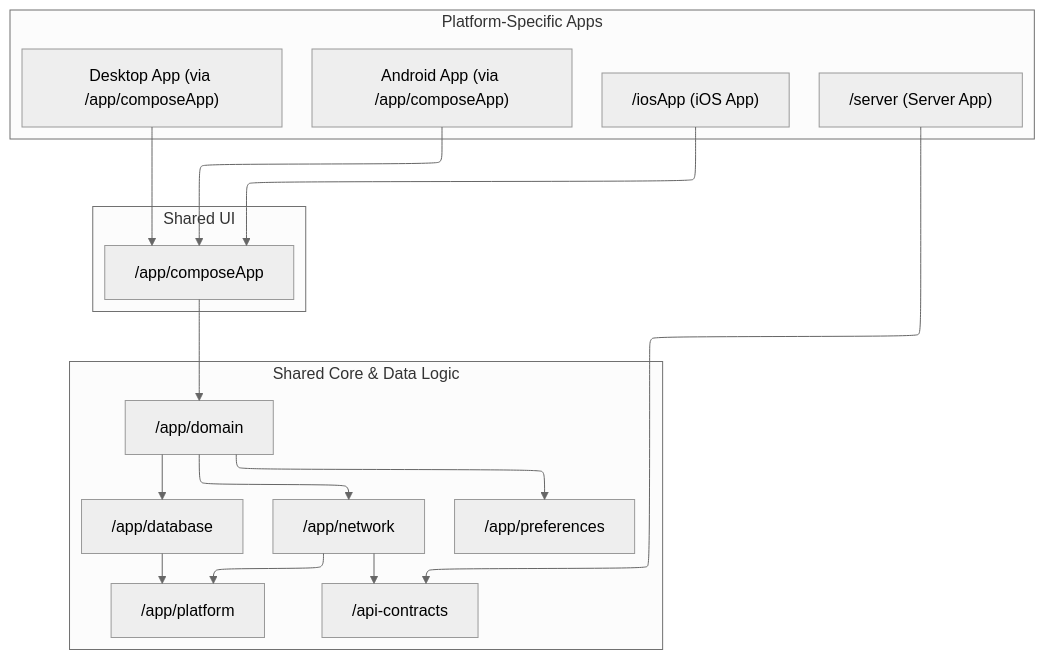
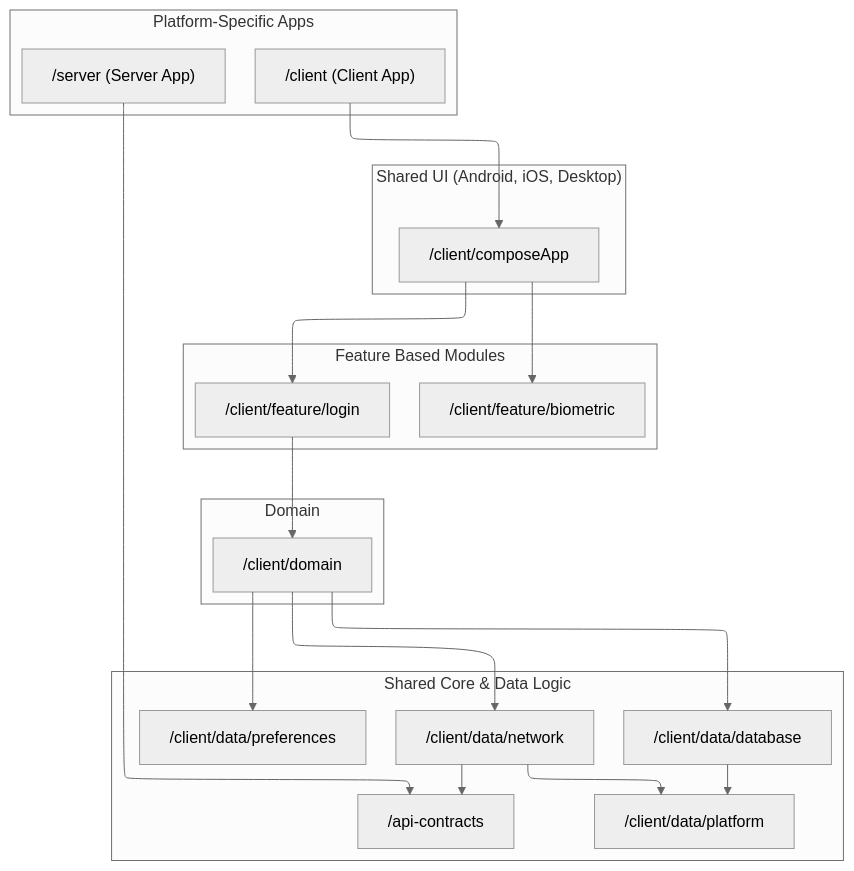
Before and after one commit to GautierLouis/Sample-Compose-Multiplatform: the diagram in README.md, drawn with Mermaid (neutral theme). The commit also changed 131 other files, not shown here.

````diff
--- a/README.md
+++ b/README.md
@@ -14,39 +14,41 @@
 ```mermaid
 flowchart-elk TD
     subgraph "Platform-Specific Apps"
-        A1["/iosApp (iOS App)"]
-        A2["Android App (via /app/composeApp)"]
-        A3["Desktop App (via /app/composeApp)"]
+        A["/client (Client App)"]
         S["/server (Server App)"]
     end
 
-    subgraph "Shared UI"
-        UI["/app/composeApp"]
+    subgraph "Shared UI (Android, iOS, Desktop)"
+        UI["/client/composeApp"]
+    end
+    subgraph Feature Based Modules
+        FBM["/client/feature/biometric"]
+        FL["/client/feature/login"]
+    end
+    subgraph Domain
+        D["/client/domain"]
+    end
+    subgraph "Shared Core & Data Logic"
+        PR["/client/data/preferences"]
+        N["/client/data/network"]
+        P["/client/data/platform"]
+        DB["/client/data/database"]
+        AC["/api-contracts"]
     end
 
-    subgraph "Shared Core & Data Logic"
-        D["/app/domain"]
-        N["/app/network"]
-        P["/app/platform"]
-        DB["/app/database"]
-        AC["/api-contracts"]
-        PR["/app/preferences"]
-    end
-
-    %% Application Dependencies
-    A1 --> UI
-    A2 --> UI
-    A3 --> UI
-
-    %% UI Dependencies
-    UI --> D
-
-    %% Core Logic Dependencies
+%% Application Dependencies
+    A --> UI
+    S --> AC
+%% UI Dependencies
+    UI --> FBM
+    UI --> FL
+%% Feature Dependencies
+    FL --> D
+%% Core Logic Dependencies
     D --> PR
     D --> DB
     D --> N
     DB --> P
     N --> P
     N --> AC
-    S --> AC
 ```
````
